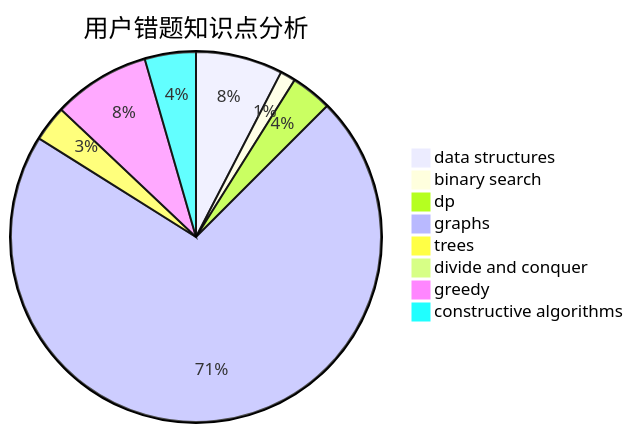
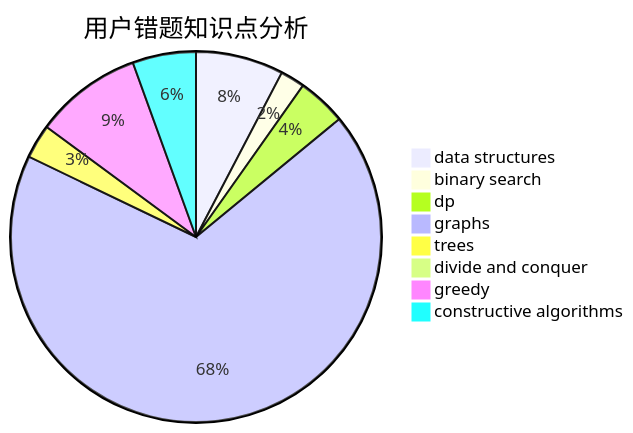
One commit to sherpahu/cfrs.github.io changed the third of 3 diagrams in docs/user/u2267.md. Above: the diagram before and after it, drawn with Mermaid. The commit also changed other lines of this file and 2770 other files, not shown here.

````diff
--- a/docs/user/u2267.md
+++ b/docs/user/u2267.md
@@ -36,11 +36,11 @@
 ```mermaid
 pie title 用户错题知识点分析
-    "data structures" :  17
-    "binary search" :  3
-    "dp" :  8
+    "data structures" :  18
+    "binary search" :  5
+    "dp" :  10
     "graphs" :  160
     "trees" :  7
     "divide and conquer" :  0
-    "greedy" :  19
-    "constructive algorithms" :  10
+    "greedy" :  22
+    "constructive algorithms" :  13
 ```
````
